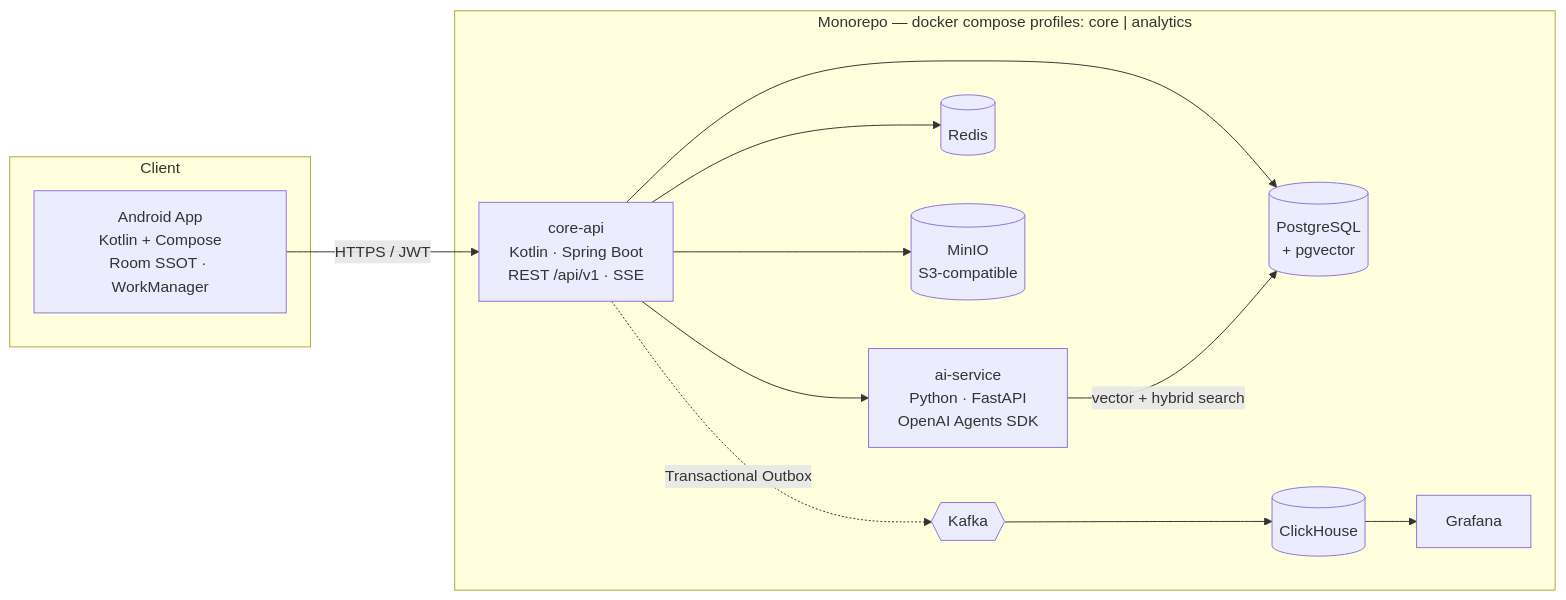
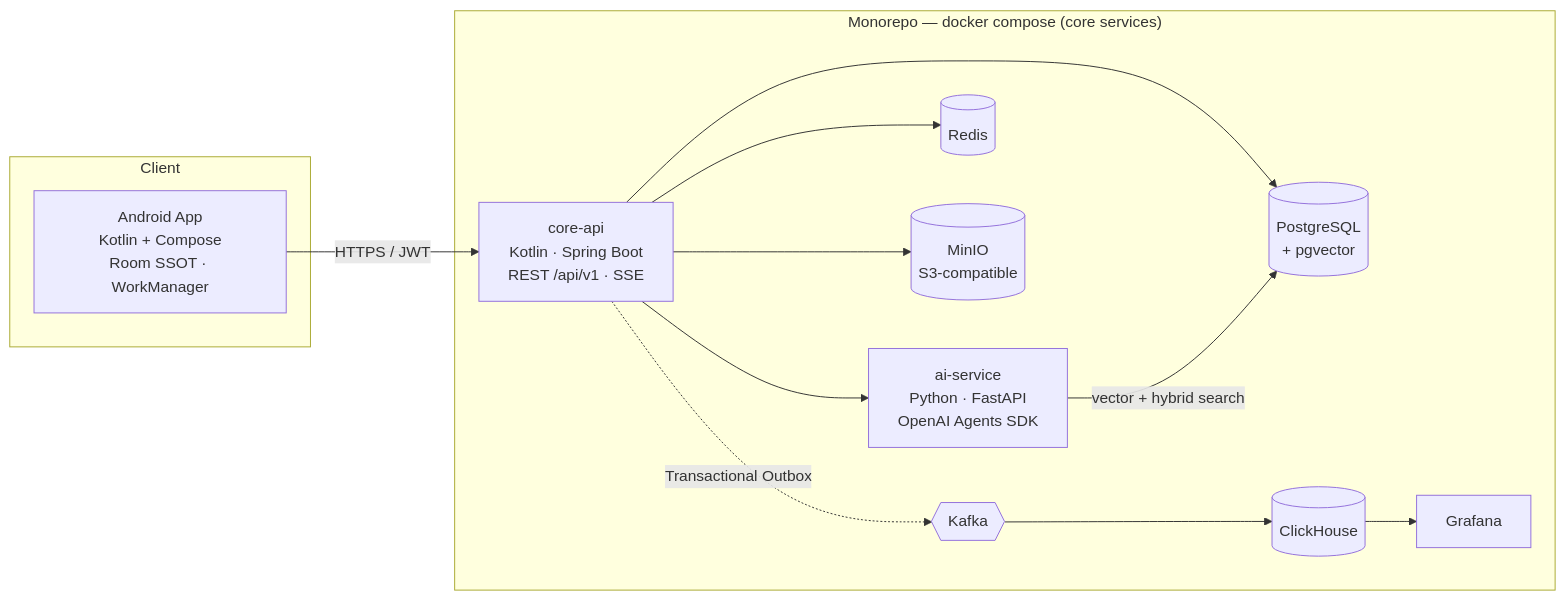
The diagram in README.md (JasonTM17/CampusUTE_Kotlin_Project), drawn with Mermaid before and after one commit. The commit also changed other lines of this file and 12 other files, not shown here.

````diff
--- a/README.md
+++ b/README.md
@@ -45,21 +48,21 @@
 ```mermaid
 flowchart LR
     subgraph Client
         A["Android App<br/>Kotlin + Compose<br/>Room SSOT · WorkManager"]
     end
-    subgraph Platform["Monorepo — docker compose profiles: core | analytics"]
+    subgraph Platform["Monorepo — docker compose (core services)"]
         B["core-api<br/>Kotlin · Spring Boot<br/>REST /api/v1 · SSE"]
         C["ai-service<br/>Python · FastAPI<br/>OpenAI Agents SDK"]
         D[("PostgreSQL<br/>+ pgvector")]
         E[("Redis")]
         F[("MinIO<br/>S3-compatible")]
         G{{Kafka}} --> H[("ClickHouse")] --> I[Grafana]
     end
     A -->|"HTTPS / JWT"| B
     B --> C
     B --> D
     B --> E
     C -->|"vector + hybrid search"| D
     B --> F
     B -.->|"Transactional Outbox"| G
 ```
````
